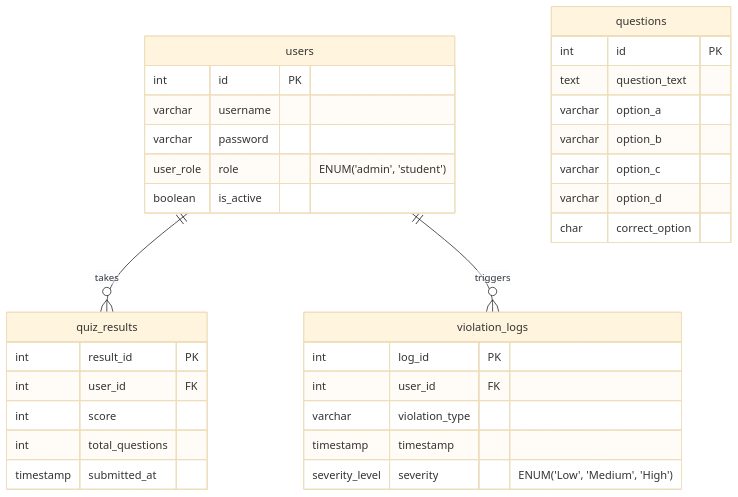
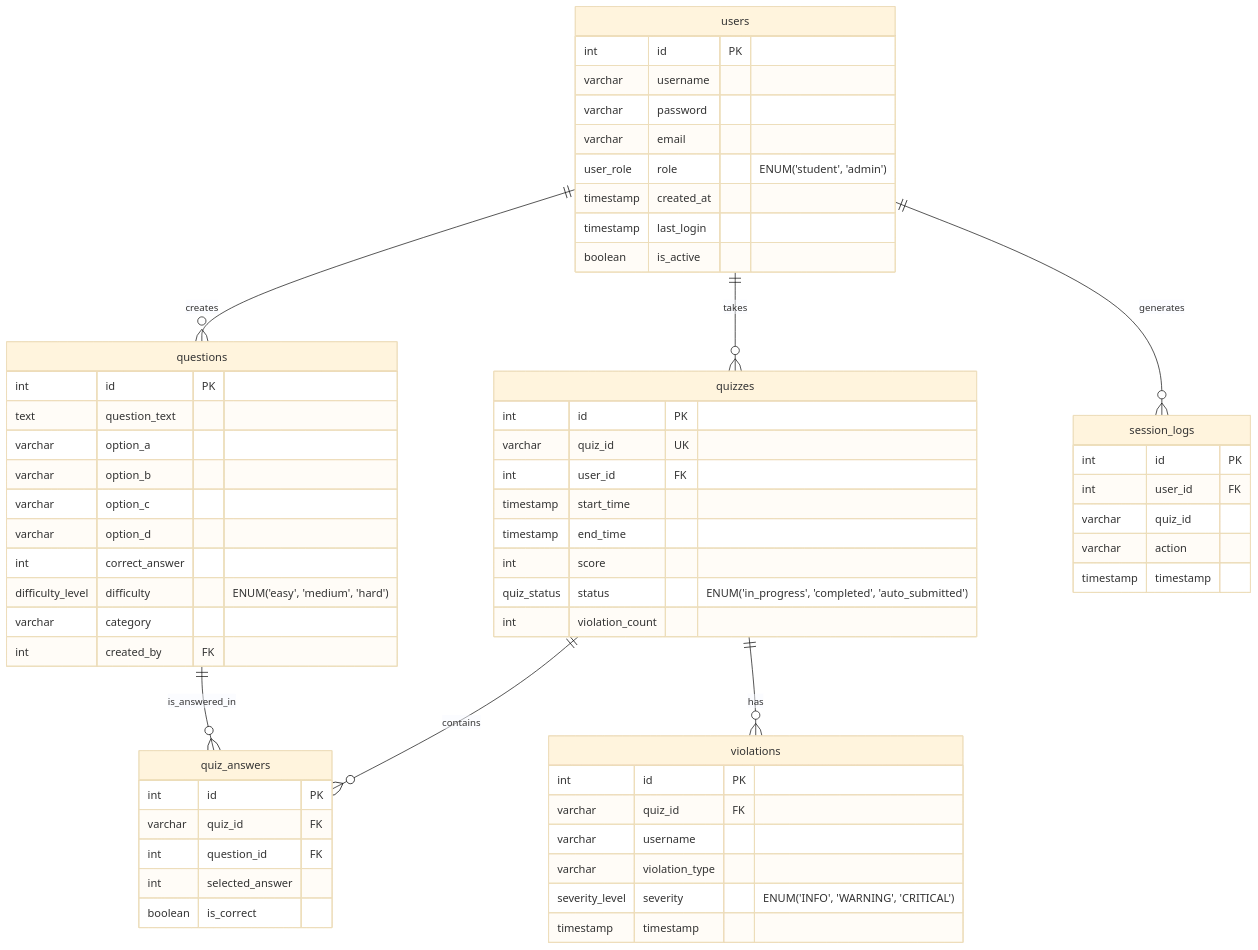
Before and after one commit to ShogunTestOrg/Anti-Malpractice: the diagram in docs/ER_DIAGRAM.md, drawn with Mermaid (base theme). The commit also changed 1 other file, not shown here.

Commit message:
Mermaid patch 1.1

````diff
--- a/docs/ER_DIAGRAM.md
+++ b/docs/ER_DIAGRAM.md
@@ -1,39 +1,72 @@
 ```mermaid
 erDiagram
     users {
         int id PK
         varchar username
         varchar password
-        user_role role "ENUM('admin', 'student')"
+        varchar email
+        user_role role "ENUM('student', 'admin')"
+        timestamp created_at
+        timestamp last_login
         boolean is_active
     }
 
     questions {
         int id PK
         text question_text
         varchar option_a
         varchar option_b
         varchar option_c
         varchar option_d
-        char correct_option
+        int correct_answer
+        difficulty_level difficulty "ENUM('easy', 'medium', 'hard')"
+        varchar category
+        int created_by FK
     }
 
-    quiz_results {
-        int result_id PK
+    quizzes {
+        int id PK
+        varchar quiz_id UK
         int user_id FK
+        timestamp start_time
+        timestamp end_time
         int score
-        int total_questions
-        timestamp submitted_at
+        quiz_status status "ENUM('in_progress', 'completed', 'auto_submitted')"
+        int violation_count
     }
 
-    violation_logs {
-        int log_id PK
-        int user_id FK
-        varchar violation_type
-        timestamp timestamp
-        severity_level severity "ENUM('Low', 'Medium', 'High')"
+    quiz_answers {
+        int id PK
+        varchar quiz_id FK
+        int question_id FK
+        int selected_answer
+        boolean is_correct
     }
 
-    users ||--o{ quiz_results : "takes"
-    users ||--o{ violation_logs : "triggers"
+    violations {
+        int id PK
+        varchar quiz_id FK
+        varchar username
+        varchar violation_type
+        severity_level severity "ENUM('INFO', 'WARNING', 'CRITICAL')"
+        timestamp timestamp
+    }
+
+    session_logs {
+        int id PK
+        int user_id FK
+        varchar quiz_id
+        varchar action
+        timestamp timestamp
+    }
+
+    users ||--o{ quizzes : "takes"
+    users ||--o{ questions : "creates"
+    users ||--o{ session_logs : "generates"
+    
+    quizzes ||--o{ quiz_answers : "contains"
+    quizzes ||--o{ violations : "has"
+    
+    questions ||--o{ quiz_answers : "is_answered_in"
+
 ```
````
